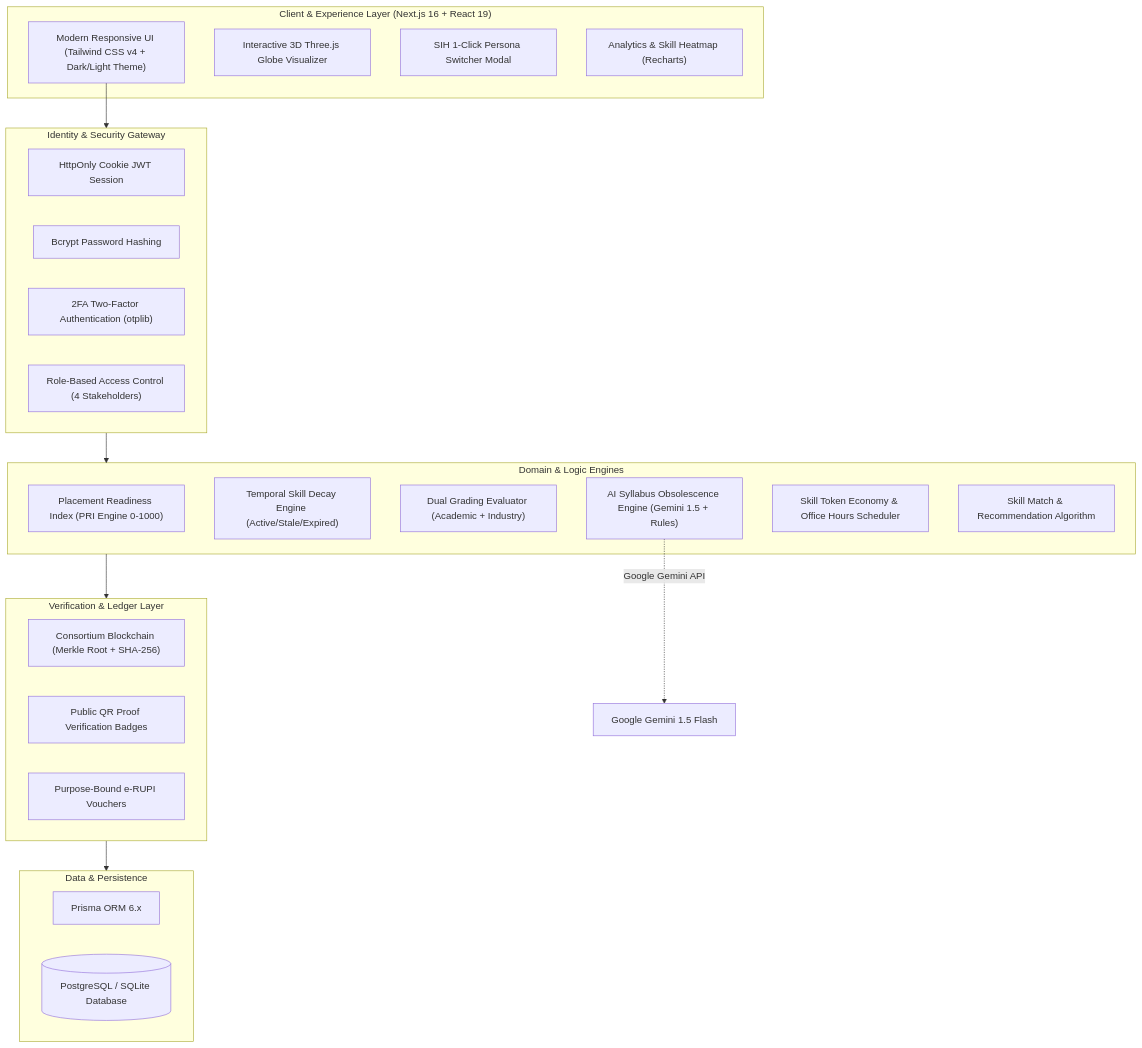
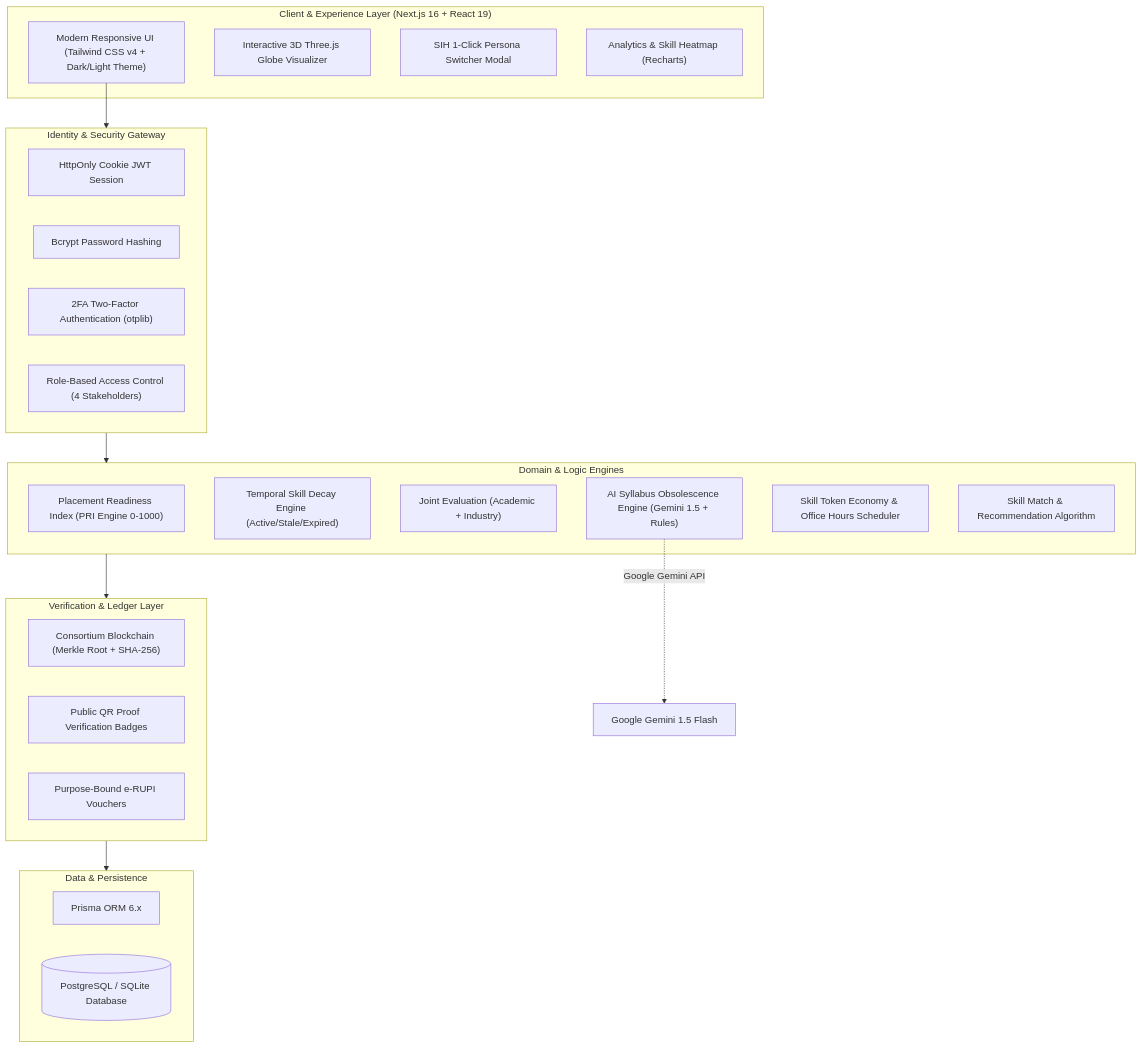
Before and after one commit to Phantom-Coders-Team/SkillBridge: the first of 2 diagrams in README.md, drawn with Mermaid. The commit also changed other lines of this file and 11 other files, not shown here.

Commit message:
Standardize Joint Evaluation naming and add full edit/delete permissions for faculty and industry

````diff
--- a/README.md
+++ b/README.md
@@ -122,42 +122,42 @@
 ```mermaid
 flowchart TB
     subgraph ClientLayer ["Client & Experience Layer (Next.js 16 + React 19)"]
         UI["Modern Responsive UI (Tailwind CSS v4 + Dark/Light Theme)"]
         ThreeGlobe["Interactive 3D Three.js Globe Visualizer"]
         Switcher["SIH 1-Click Persona Switcher Modal"]
         RechartsComp["Analytics & Skill Heatmap (Recharts)"]
     end
 
     subgraph SecurityLayer ["Identity & Security Gateway"]
         JWT["HttpOnly Cookie JWT Session"]
         Bcrypt["Bcrypt Password Hashing"]
         TOTP["2FA Two-Factor Authentication (otplib)"]
         RBAC["Role-Based Access Control (4 Stakeholders)"]
     end
 
     subgraph CoreEngines ["Domain & Logic Engines"]
         PRI["Placement Readiness Index (PRI Engine 0-1000)"]
         DecayEngine["Temporal Skill Decay Engine (Active/Stale/Expired)"]
-        DualGrading["Dual Grading Evaluator (Academic + Industry)"]
+        DualGrading["Joint Evaluation (Academic + Industry)"]
         AuditEngine["AI Syllabus Obsolescence Engine (Gemini 1.5 + Rules)"]
         TokenLedger["Skill Token Economy & Office Hours Scheduler"]
         MatchEngine["Skill Match & Recommendation Algorithm"]
     end
 
     subgraph VerificationLayer ["Verification & Ledger Layer"]
         Blockchain["Consortium Blockchain (Merkle Root + SHA-256)"]
         QRGen["Public QR Proof Verification Badges"]
         Erupi["Purpose-Bound e-RUPI Vouchers"]
     end
 
     subgraph DataLayer ["Data & Persistence"]
         PrismaORM["Prisma ORM 6.x"]
         PostgresDB[("PostgreSQL / SQLite Database")]
     end
 
     UI --> SecurityLayer
     SecurityLayer --> CoreEngines
     CoreEngines --> VerificationLayer
     VerificationLayer --> DataLayer
     AuditEngine -.->|"Google Gemini API"| ExternalLLM["Google Gemini 1.5 Flash"]
 ```
````
